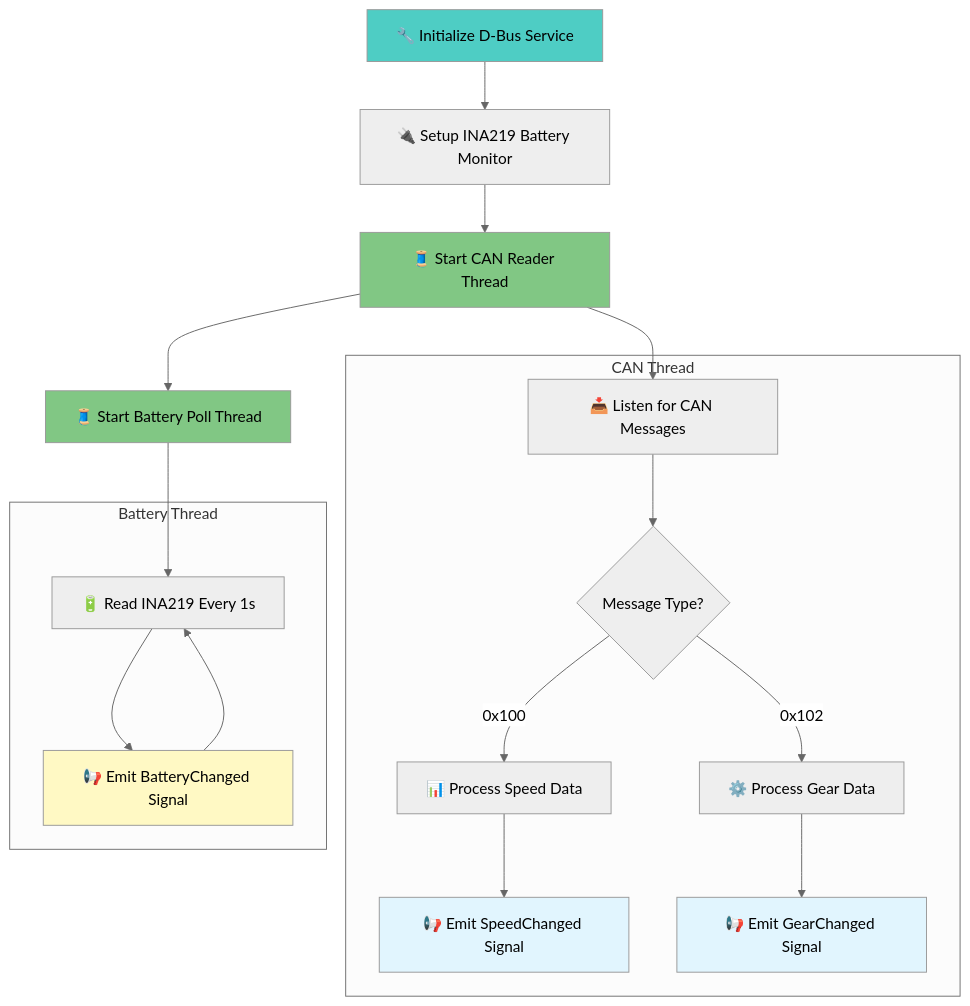
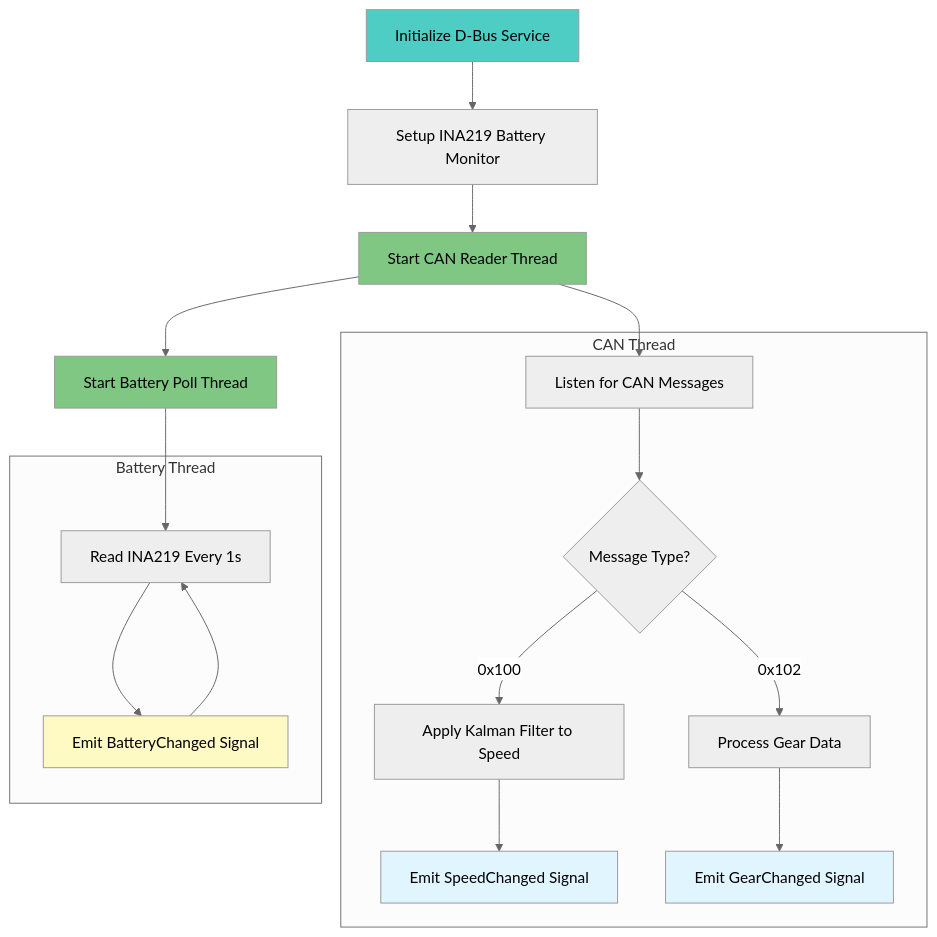
Before and after one commit to saicharansathyam/Instrument-Cluster: the third of 8 diagrams in README.md, drawn with Mermaid (neutral theme). The commit also changed other lines of this file, not shown here.

````diff
--- a/README.md
+++ b/README.md
@@ -48,29 +57,29 @@
 ```mermaid
 flowchart TD
-    A[🔧 Initialize D-Bus Service] --> B[🔌 Setup INA219 Battery Monitor]
-    B --> C[🧵 Start CAN Reader Thread]
-    C --> D[🧵 Start Battery Poll Thread]
+    A[Initialize D-Bus Service] --> B[Setup INA219 Battery Monitor]
+    B --> C[Start CAN Reader Thread]
+    C --> D[Start Battery Poll Thread]
     
     subgraph "CAN Thread"
-        E[📥 Listen for CAN Messages] --> F{Message Type?}
-        F -->|0x100| G[📊 Process Speed Data]
-        F -->|0x102| H[⚙️ Process Gear Data]
-        G --> I[📢 Emit SpeedChanged Signal]
-        H --> J[📢 Emit GearChanged Signal]
+        E[Listen for CAN Messages] --> F{Message Type?}
+        F -->|0x100| G[Apply Kalman Filter to Speed]
+        F -->|0x102| H[Process Gear Data]
+        G --> I[Emit SpeedChanged Signal]
+        H --> J[Emit GearChanged Signal]
     end
     
     subgraph "Battery Thread"
-        K[🔋 Read INA219 Every 1s] --> L[📢 Emit BatteryChanged Signal]
+        K[Read INA219 Every 1s] --> L[Emit BatteryChanged Signal]
         L --> K
     end
     
     C --> E
     D --> K
     
     style A fill:#4ecdc4,color:#000
     style C fill:#81c784,color:#000
     style D fill:#81c784,color:#000
     style I fill:#e1f5fe,color:#000
     style J fill:#e1f5fe,color:#000
     style L fill:#fff9c4,color:#000
 ```
````
